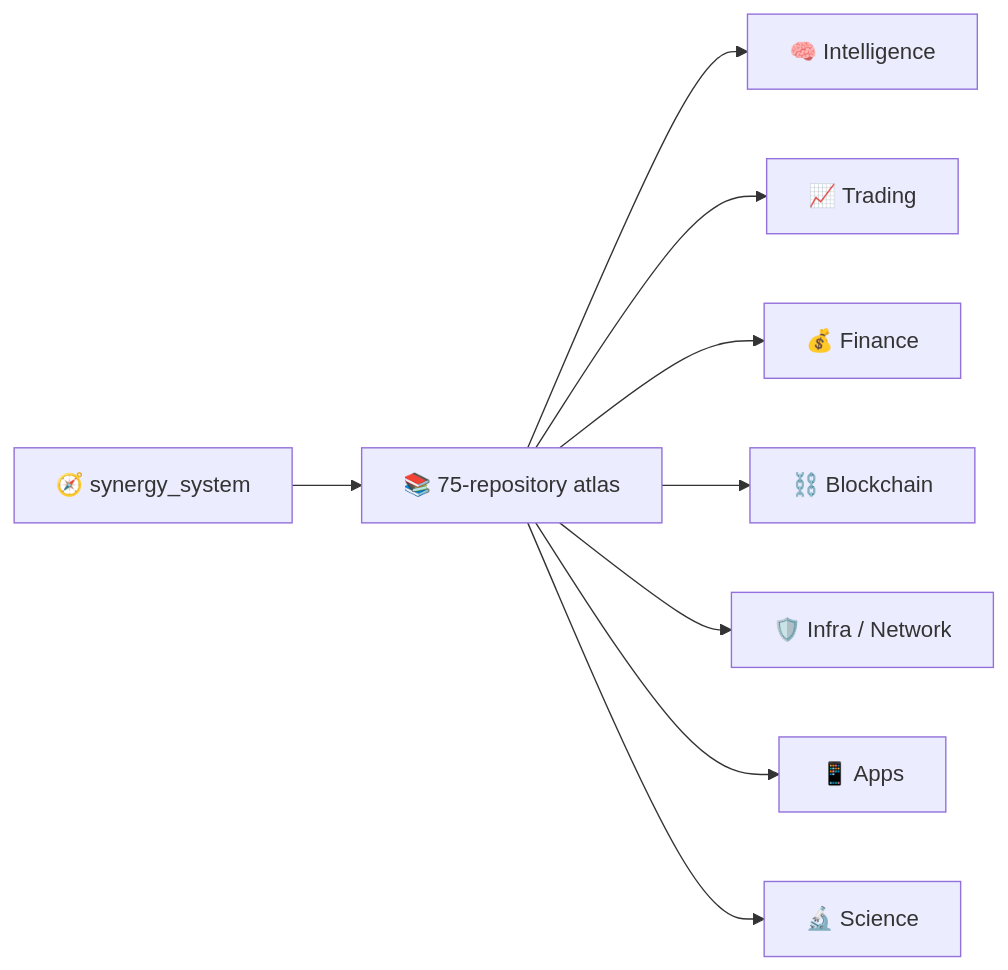
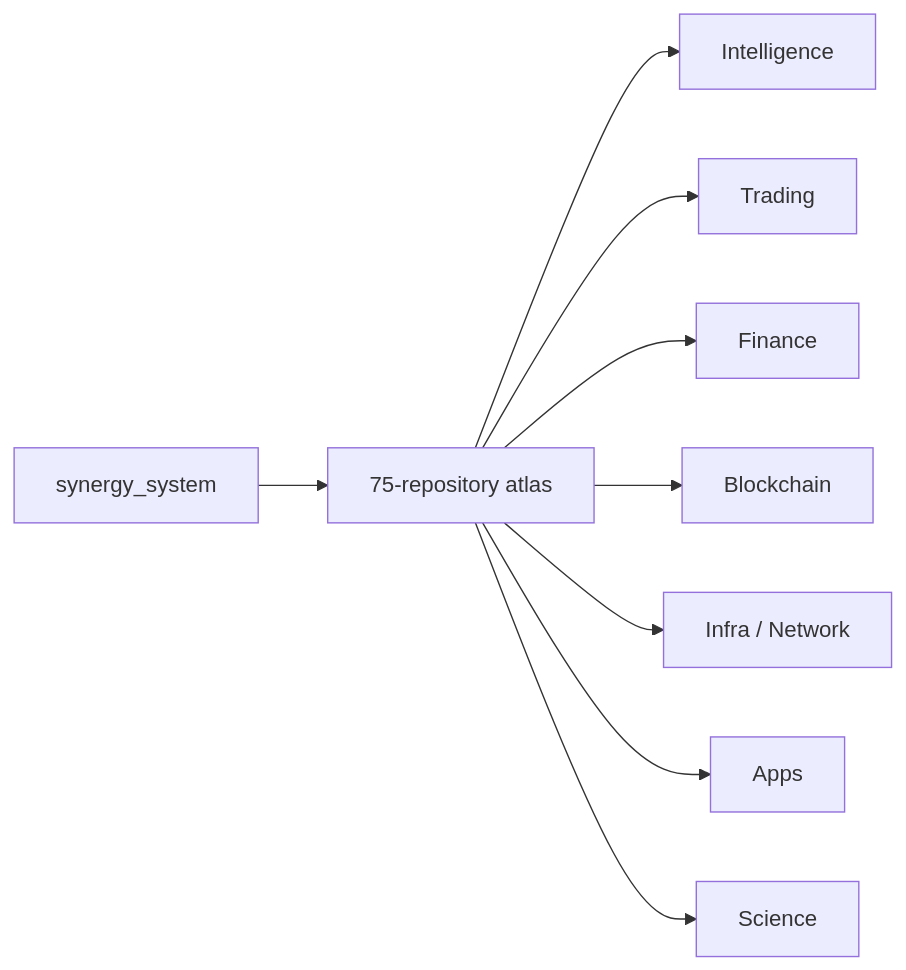
The diagram in README.md (Shtenco/synergy_system), drawn with Mermaid before and after one commit. The commit also changed other lines of this file, not shown here.

````diff
--- a/README.md
+++ b/README.md
@@ -1347,11 +1347,11 @@
 ```mermaid
 flowchart LR
-    SYS[🧭 synergy_system] --> ATLAS[📚 75-repository atlas]
-    ATLAS --> AI[🧠 Intelligence]
-    ATLAS --> TRADE[📈 Trading]
-    ATLAS --> FIN[💰 Finance]
-    ATLAS --> CHAIN[⛓️ Blockchain]
-    ATLAS --> NET[🛡️ Infra / Network]
-    ATLAS --> APP[📱 Apps]
-    ATLAS --> SCI[🔬 Science]
+    SYS[ synergy_system] --> ATLAS[ 75-repository atlas]
+    ATLAS --> AI[ Intelligence]
+    ATLAS --> TRADE[ Trading]
+    ATLAS --> FIN[ Finance]
+    ATLAS --> CHAIN[ Blockchain]
+    ATLAS --> NET[ Infra / Network]
+    ATLAS --> APP[ Apps]
+    ATLAS --> SCI[ Science]
 ```
````
